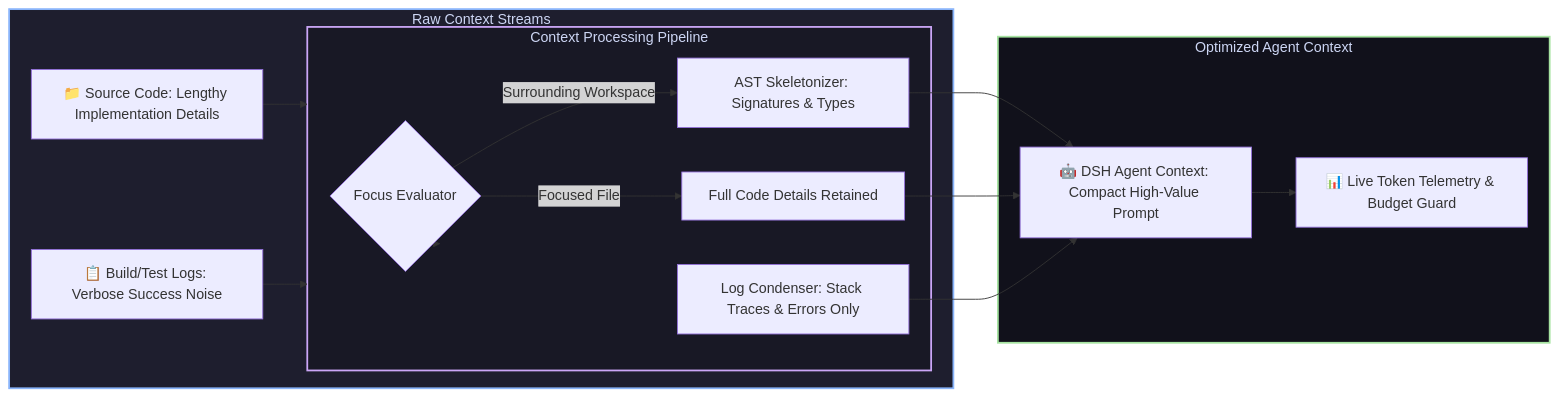
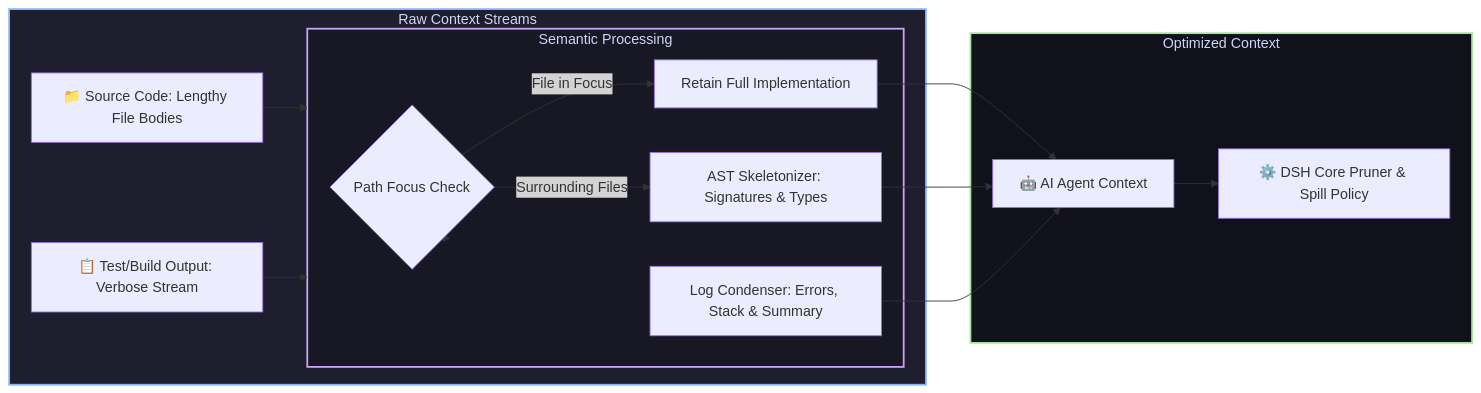
Before and after one commit to GooDAnDReaDY/dsh-context-lens: the diagram in README.md, drawn with Mermaid. The commit also changed other lines of this file and 13 other files, not shown here.

````diff
--- a/README.md
+++ b/README.md
@@ -49,25 +48,25 @@
 ```mermaid
 graph LR
     subgraph RawContext [Raw Context Streams]
-        Code[📁 Source Code: Lengthy Implementation Details] --> LensEngine[dsh-context-lens Engine]
-        Logs[📋 Build/Test Logs: Verbose Success Noise] --> LensEngine
+        Code[📁 Source Code: Lengthy File Bodies] --> Lens[dsh-context-lens Semantic Engine]
+        Logs[📋 Test/Build Output: Verbose Stream] --> Lens
     end
 
-    subgraph LensEngine [Context Processing Pipeline]
-        LensEngine --> Focus{Focus Evaluator}
-        Focus -->|Focused File| RawKeep[Full Code Details Retained]
-        Focus -->|Surrounding Workspace| AST[AST Skeletonizer: Signatures & Types]
-        LensEngine --> LogFilter[Log Condenser: Stack Traces & Errors Only]
+    subgraph Lens [Semantic Processing]
+        Lens --> Focus{Path Focus Check}
+        Focus -->|File in Focus| FullCode[Retain Full Implementation]
+        Focus -->|Surrounding Files| AST[AST Skeletonizer: Signatures & Types]
+        Lens --> LogCompress[Log Condenser: Errors, Stack & Summary]
     end
 
-    subgraph Output [Optimized Agent Context]
-        AST --> Agent[🤖 DSH Agent Context: Compact High-Value Prompt]
-        RawKeep --> Agent
-        LogFilter --> Agent
-        Agent --> Tracker[📊 Live Token Telemetry & Budget Guard]
+    subgraph Output [Optimized Context]
+        FullCode --> Agent[🤖 AI Agent Context]
+        AST --> Agent
+        LogCompress --> Agent
+        Agent --> Core[⚙️ DSH Core Pruner & Spill Policy]
     end
 
     style RawContext fill:#1e1e2e,stroke:#89b4fa,stroke-width:2px,color:#cdd6f4
-    style LensEngine fill:#181825,stroke:#cba6f7,stroke-width:2px,color:#cdd6f4
+    style Lens fill:#181825,stroke:#cba6f7,stroke-width:2px,color:#cdd6f4
     style Output fill:#11111b,stroke:#a6e3a1,stroke-width:2px,color:#cdd6f4
 ```
````
